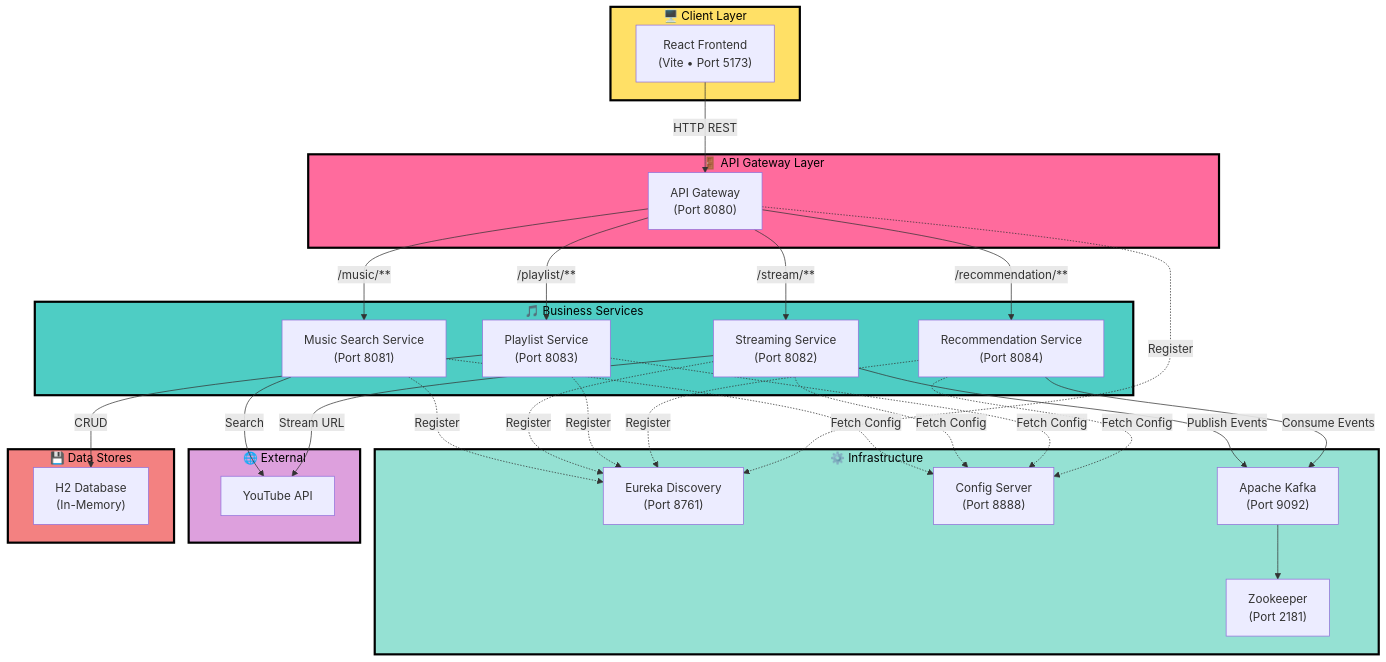
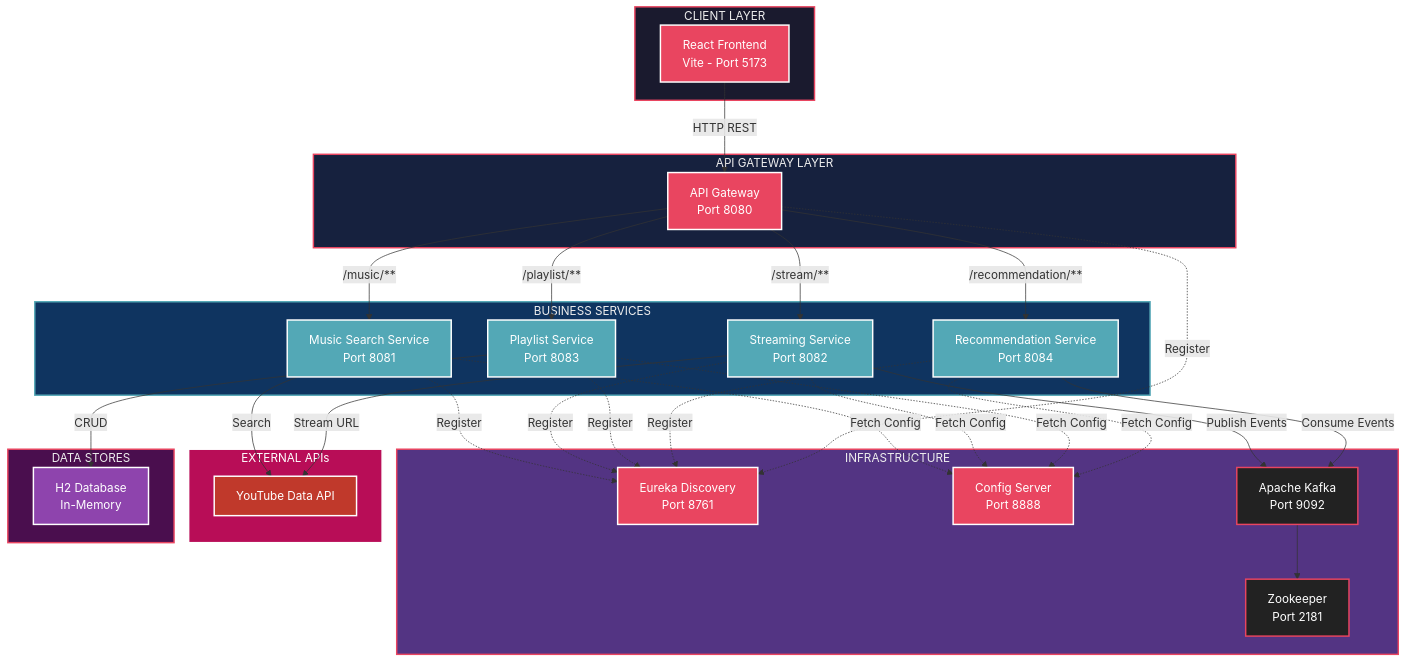
The first of 2 diagrams in README.md (Ankit-Jaipuriar/Harmony-Music-Streaming-Platform), drawn with Mermaid before and after one commit. The commit also changed other lines of this file, not shown here.

````diff
--- a/README.md
+++ b/README.md
@@ -49,63 +49,76 @@
 ```mermaid
 graph TB
-    subgraph CLIENT["🖥️ Client Layer"]
-        FE["React Frontend<br/>(Vite • Port 5173)"]
+    subgraph CLIENT["CLIENT LAYER"]
+        FE["React Frontend\n Vite - Port 5173"]
     end
 
-    subgraph GATEWAY["🚪 API Gateway Layer"]
-        GW["API Gateway<br/>(Port 8080)"]
+    subgraph GATEWAY["API GATEWAY LAYER"]
+        GW["API Gateway\n Port 8080"]
     end
 
-    subgraph INFRA["⚙️ Infrastructure"]
-        EUR["Eureka Discovery<br/>(Port 8761)"]
-        CFG["Config Server<br/>(Port 8888)"]
-        KFK["Apache Kafka<br/>(Port 9092)"]
-        ZK["Zookeeper<br/>(Port 2181)"]
+    subgraph INFRA["INFRASTRUCTURE"]
+        EUR["Eureka Discovery\n Port 8761"]
+        CFG["Config Server\n Port 8888"]
+        KFK["Apache Kafka\n Port 9092"]
+        ZK["Zookeeper\n Port 2181"]
     end
 
-    subgraph SERVICES["🎵 Business Services"]
-        MS["Music Search Service<br/>(Port 8081)"]
-        SS["Streaming Service<br/>(Port 8082)"]
-        PS["Playlist Service<br/>(Port 8083)"]
-        RS["Recommendation Service<br/>(Port 8084)"]
+    subgraph SERVICES["BUSINESS SERVICES"]
+        MS["Music Search Service\n Port 8081"]
+        SS["Streaming Service\n Port 8082"]
+        PS["Playlist Service\n Port 8083"]
+        RS["Recommendation Service\n Port 8084"]
     end
 
-    subgraph EXTERNAL["🌐 External"]
-        YT["YouTube API"]
+    subgraph EXTERNAL["EXTERNAL APIs"]
+        YT["YouTube Data API"]
     end
 
-    subgraph DATA["💾 Data Stores"]
-        H2["H2 Database<br/>(In-Memory)"]
+    subgraph DATA["DATA STORES"]
+        H2["H2 Database\n In-Memory"]
     end
 
     FE -->|"HTTP REST"| GW
     GW -->|"/music/**"| MS
     GW -->|"/stream/**"| SS
     GW -->|"/playlist/**"| PS
     GW -->|"/recommendation/**"| RS
 
     MS -->|"Search"| YT
     SS -->|"Stream URL"| YT
     SS -->|"Publish Events"| KFK
     RS -->|"Consume Events"| KFK
     PS -->|"CRUD"| H2
     KFK --> ZK
 
     MS -.->|"Register"| EUR
     SS -.->|"Register"| EUR
     PS -.->|"Register"| EUR
     RS -.->|"Register"| EUR
     GW -.->|"Register"| EUR
 
     MS -.->|"Fetch Config"| CFG
     SS -.->|"Fetch Config"| CFG
     PS -.->|"Fetch Config"| CFG
     RS -.->|"Fetch Config"| CFG
 
-    style CLIENT fill:#FFE066,stroke:#000,stroke-width:3px,color:#000
-    style GATEWAY fill:#FF6B9D,stroke:#000,stroke-width:3px,color:#000
-    style SERVICES fill:#4ECDC4,stroke:#000,stroke-width:3px,color:#000
-    style INFRA fill:#95E1D3,stroke:#000,stroke-width:3px,color:#000
-    style EXTERNAL fill:#DDA0DD,stroke:#000,stroke-width:3px,color:#000
-    style DATA fill:#F38181,stroke:#000,stroke-width:3px,color:#000
+    style CLIENT fill:#1a1a2e,stroke:#e94560,stroke-width:2px,color:#eee
+    style GATEWAY fill:#16213e,stroke:#e94560,stroke-width:2px,color:#eee
+    style SERVICES fill:#0f3460,stroke:#53a8b6,stroke-width:2px,color:#eee
+    style INFRA fill:#533483,stroke:#e94560,stroke-width:2px,color:#eee
+    style EXTERNAL fill:#b80d57,stroke:#fff,stroke-width:2px,color:#fff
+    style DATA fill:#4a0e4e,stroke:#e94560,stroke-width:2px,color:#eee
+
+    style FE fill:#e94560,stroke:#fff,stroke-width:2px,color:#fff
+    style GW fill:#e94560,stroke:#fff,stroke-width:2px,color:#fff
+    style MS fill:#53a8b6,stroke:#fff,stroke-width:2px,color:#fff
+    style SS fill:#53a8b6,stroke:#fff,stroke-width:2px,color:#fff
+    style PS fill:#53a8b6,stroke:#fff,stroke-width:2px,color:#fff
+    style RS fill:#53a8b6,stroke:#fff,stroke-width:2px,color:#fff
+    style EUR fill:#e94560,stroke:#fff,stroke-width:2px,color:#fff
+    style CFG fill:#e94560,stroke:#fff,stroke-width:2px,color:#fff
+    style KFK fill:#222,stroke:#e94560,stroke-width:2px,color:#fff
+    style ZK fill:#222,stroke:#e94560,stroke-width:2px,color:#fff
+    style YT fill:#c0392b,stroke:#fff,stroke-width:2px,color:#fff
+    style H2 fill:#8e44ad,stroke:#fff,stroke-width:2px,color:#fff
 ```
````
